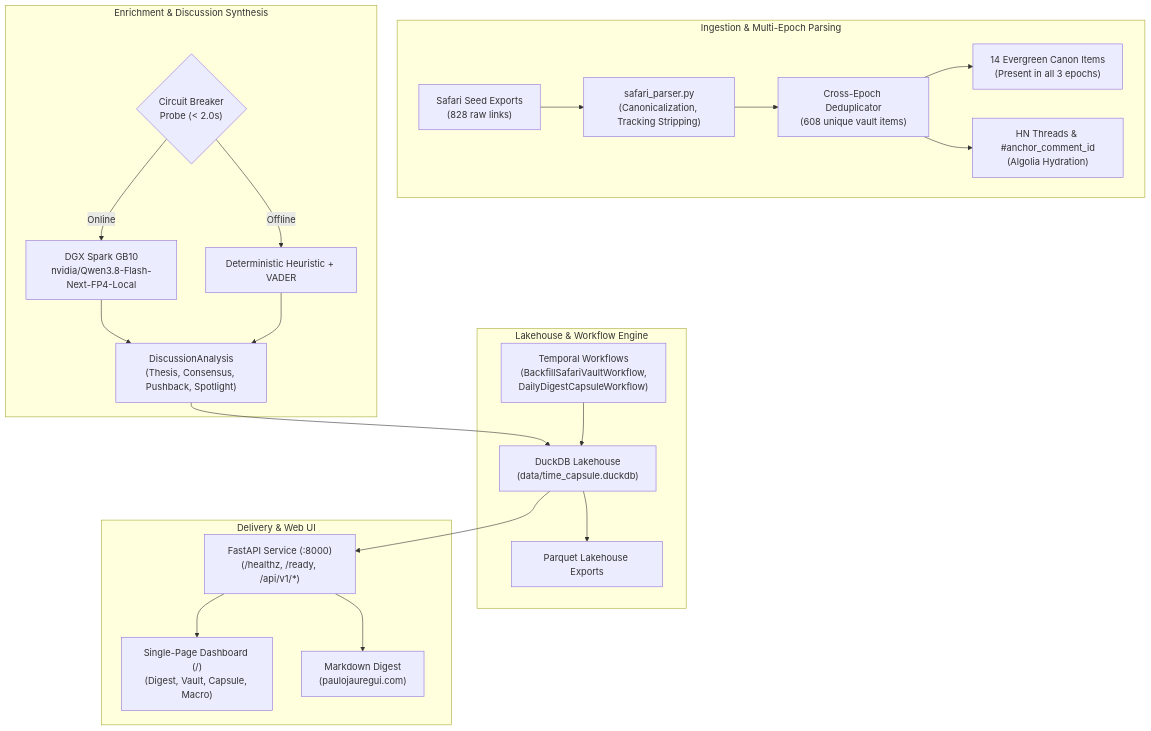
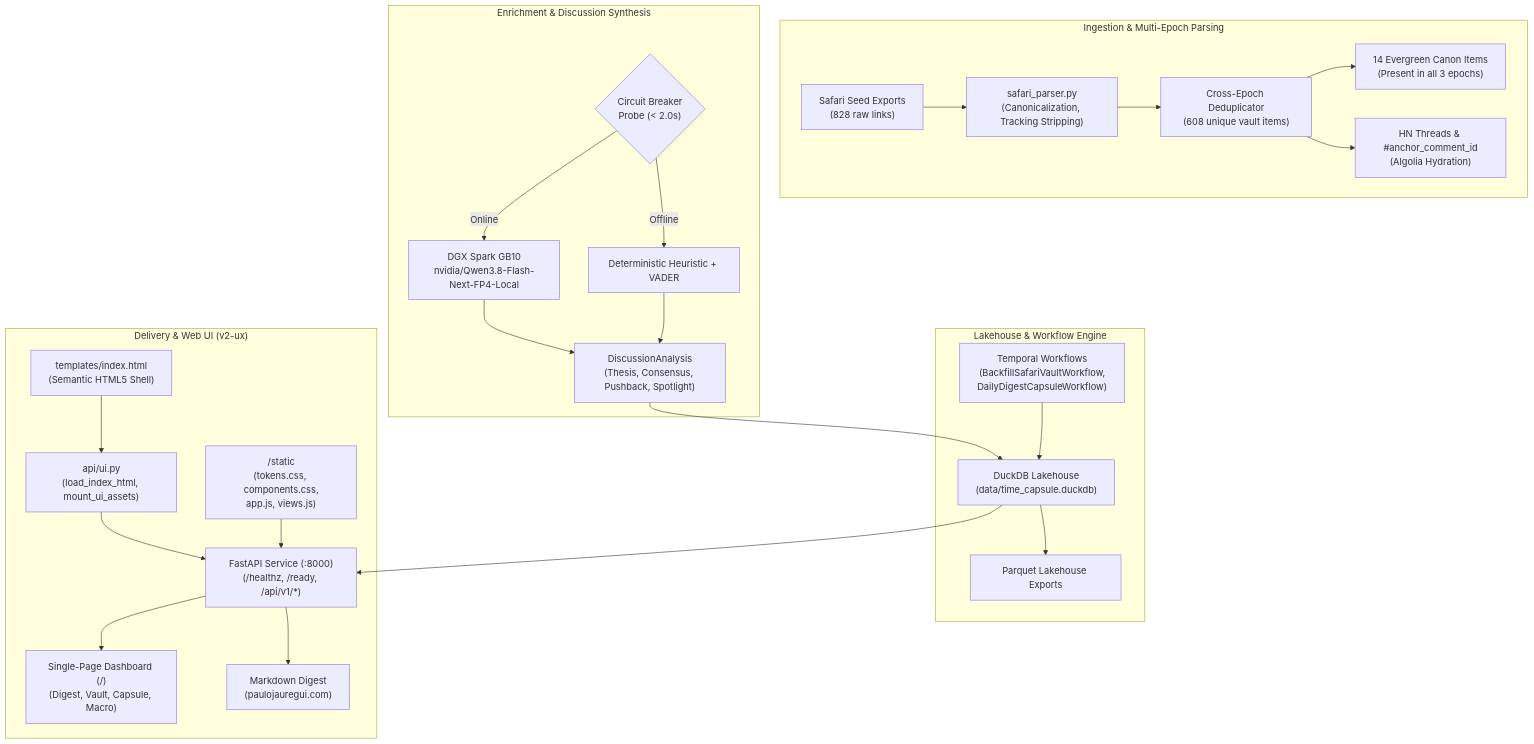
The diagram in README.md (paulojauregui/time-capsule), drawn with Mermaid before and after one commit. The commit also changed other lines of this file and 3 other files, not shown here.

Commit message:
feat(m11): include UI assets in Poetry build and document v2-ux architecture

````diff
--- a/README.md
+++ b/README.md
@@ -14,29 +14,32 @@
 ```mermaid
 flowchart TD
     subgraph Ingestion["Ingestion & Multi-Epoch Parsing"]
         Seeds["Safari Seed Exports<br/>(828 raw links)"] --> Parser["safari_parser.py<br/>(Canonicalization, Tracking Stripping)"]
         Parser --> Dedup["Cross-Epoch Deduplicator<br/>(608 unique vault items)"]
         Dedup --> Evergreen["14 Evergreen Canon Items<br/>(Present in all 3 epochs)"]
         Dedup --> HN["HN Threads & #anchor_comment_id<br/>(Algolia Hydration)"]
     end
 
     subgraph Analysis["Enrichment & Discussion Synthesis"]
         Probe{"Circuit Breaker<br/>Probe (< 2.0s)"}
         Probe -->|Online| Spark["DGX Spark GB10<br/>nvidia/Qwen3.8-Flash-Next-FP4-Local"]
         Probe -->|Offline| Heuristic["Deterministic Heuristic + VADER"]
         Spark --> Synthesis["DiscussionAnalysis<br/>(Thesis, Consensus, Pushback, Spotlight)"]
         Heuristic --> Synthesis
     end
 
     subgraph Storage["Lakehouse & Workflow Engine"]
         Synthesis --> DuckDB["DuckDB Lakehouse<br/>(data/time_capsule.duckdb)"]
         DuckDB --> Parquet["Parquet Lakehouse Exports"]
         Temporal["Temporal Workflows<br/>(BackfillSafariVaultWorkflow,<br/>DailyDigestCapsuleWorkflow)"] --> DuckDB
     end
 
-    subgraph Serving["Delivery & Web UI"]
+    subgraph Serving["Delivery & Web UI (v2-ux)"]
         DuckDB --> FastAPI["FastAPI Service (:8000)<br/>(/healthz, /ready, /api/v1/*)"]
+        UI["api/ui.py<br/>(load_index_html, mount_ui_assets)"] --> FastAPI
+        Templates["templates/index.html<br/>(Semantic HTML5 Shell)"] --> UI
+        Static["/static<br/>(tokens.css, components.css,<br/>app.js, views.js)"] --> FastAPI
         FastAPI --> WebUI["Single-Page Dashboard (/)<br/>(Digest, Vault, Capsule, Macro)"]
         FastAPI --> Blog["Markdown Digest<br/>(paulojauregui.com)"]
     end
 ```
````
